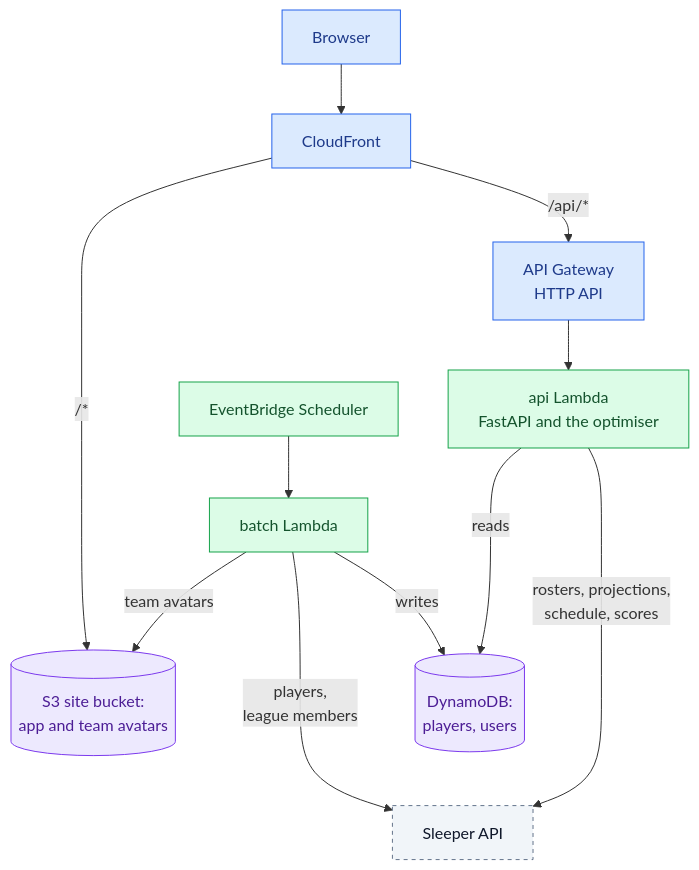
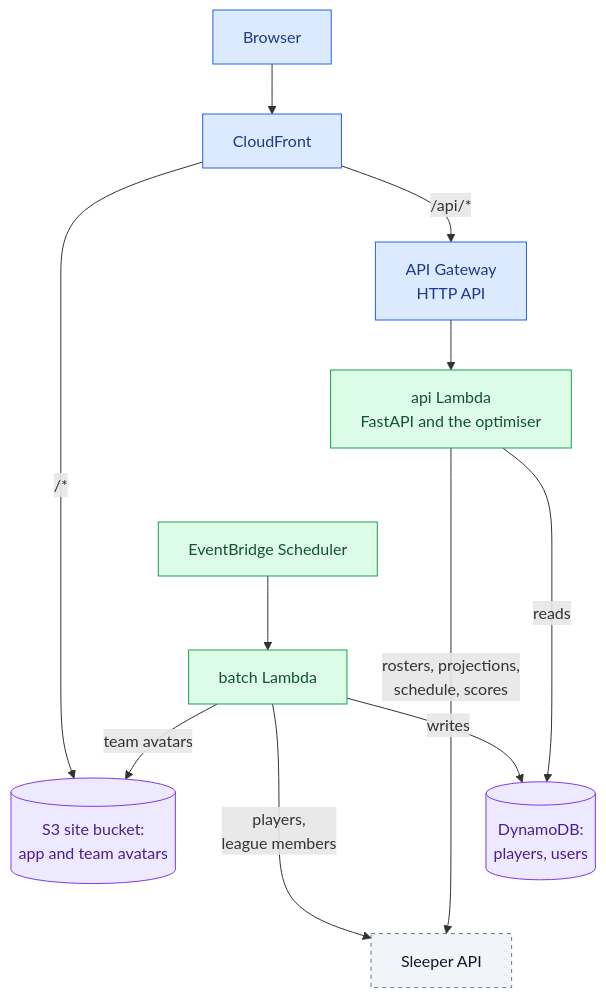
One commit to JamesMcNeill2/fantasy-optimiser changed the diagram in README.md. Above: the diagram before and after it, drawn with Mermaid.

Commit message:
More diagram formatting

````diff
--- a/README.md
+++ b/README.md
@@ -45,23 +45,24 @@
 ```mermaid
 flowchart TB
   browser["Browser"] --> cf["CloudFront"]
   cf -- "/*" --> site[("S3 site bucket:<br/>app and team avatars")]
   cf -- "/api/*" --> apigw["API Gateway<br/>HTTP API"]
   apigw --> api["api Lambda<br/>FastAPI and the optimiser"]
   scheduler["EventBridge Scheduler"] --> batch["batch Lambda"]
   batch -- "team avatars" --> site
   batch -- "players,<br/>league members" --> sleeper["Sleeper API"]
   batch -- "writes" --> ddb[("DynamoDB:<br/>players, users")]
-  api -- "reads" ---> ddb
+  api -- "reads" --> ddb
   api -- "rosters, projections,<br/>schedule, scores" --> sleeper
   ddb ~~~ sleeper
+  api ~~~ scheduler
 
   classDef entry fill:#dbeafe,stroke:#2563eb,color:#1e3a8a
   classDef compute fill:#dcfce7,stroke:#16a34a,color:#14532d
   classDef storage fill:#ede9fe,stroke:#7c3aed,color:#4c1d95
   classDef external fill:#f1f5f9,stroke:#64748b,color:#0f172a,stroke-dasharray:4
   class browser,cf,apigw entry
   class scheduler,batch,api compute
   class site,ddb storage
   class sleeper external
 ```
````
